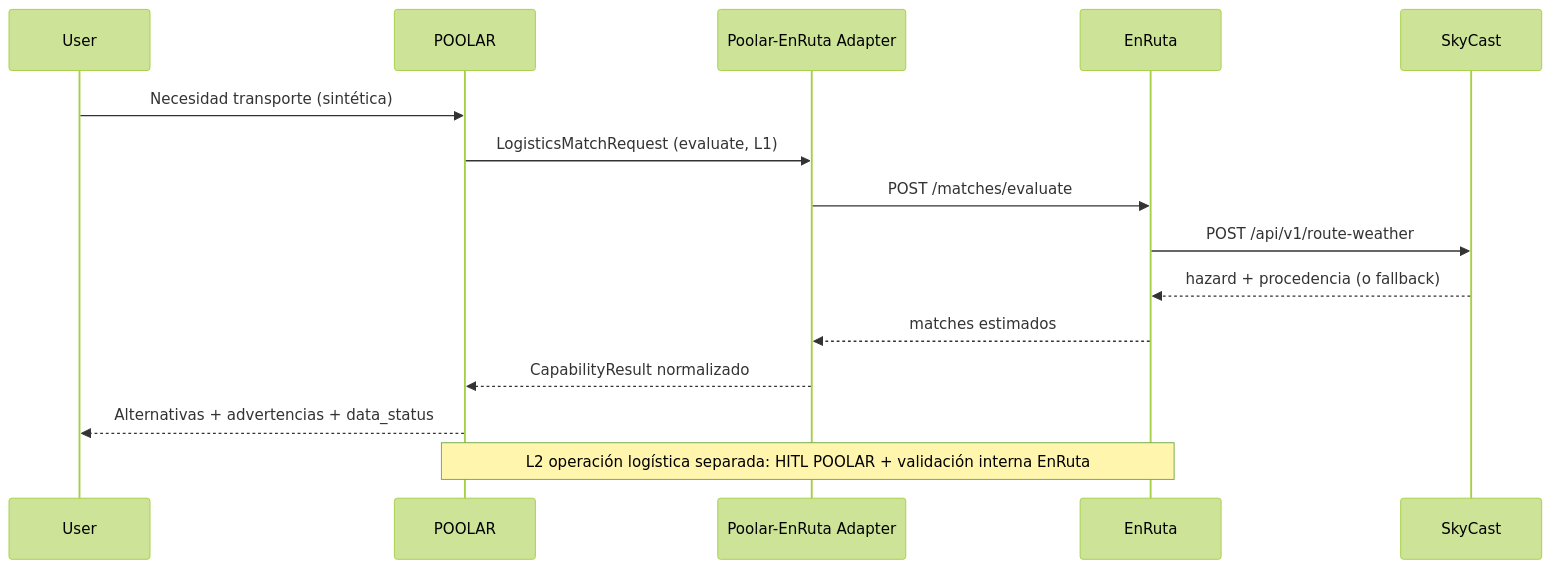
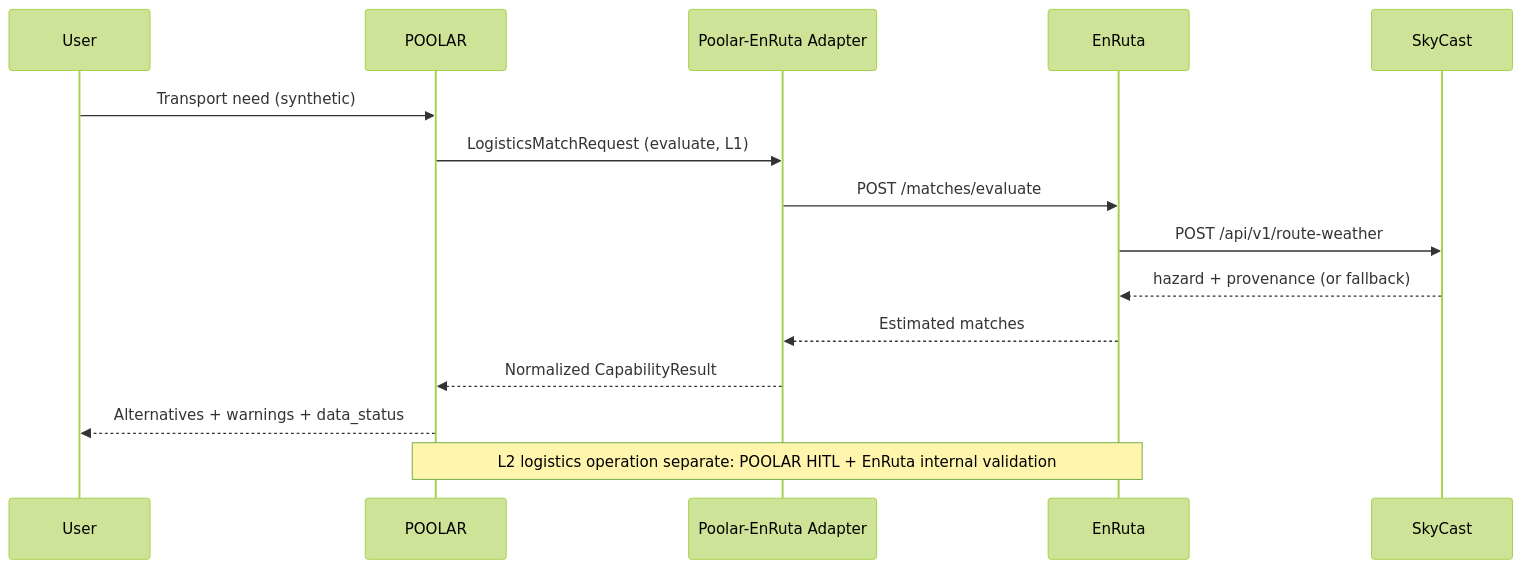
Before and after one commit to juandelaf1/POOLAR: the fourth of 4 diagrams in docs/POOLAR_ECOSYSTEM_ARQUITECTURA_INTEGRACION.md, drawn with Mermaid (forest theme). The commit also changed other lines of this file, not shown here.

Commit message:
docs: translate ecosystem architecture and integration master document to English

````diff
--- a/docs/POOLAR_ECOSYSTEM_ARQUITECTURA_INTEGRACION.md
+++ b/docs/POOLAR_ECOSYSTEM_ARQUITECTURA_INTEGRACION.md
@@ -162,17 +173,17 @@
 ```mermaid
 sequenceDiagram
   participant User
   participant POOLAR
   participant Adapter as Poolar-EnRuta Adapter
   participant EnRuta
   participant SkyCast
-  User->>POOLAR: Necesidad transporte (sintética)
+  User->>POOLAR: Transport need (synthetic)
   POOLAR->>Adapter: LogisticsMatchRequest (evaluate, L1)
   Adapter->>EnRuta: POST /matches/evaluate
   EnRuta->>SkyCast: POST /api/v1/route-weather
-  SkyCast-->>EnRuta: hazard + procedencia (o fallback)
-  EnRuta-->>Adapter: matches estimados
-  Adapter-->>POOLAR: CapabilityResult normalizado
-  POOLAR-->>User: Alternativas + advertencias + data_status
-  Note over POOLAR,EnRuta: L2 operación logística separada: HITL POOLAR + validación interna EnRuta
+  SkyCast-->>EnRuta: hazard + provenance (or fallback)
+  EnRuta-->>Adapter: Estimated matches
+  Adapter-->>POOLAR: Normalized CapabilityResult
+  POOLAR-->>User: Alternatives + warnings + data_status
+  Note over POOLAR,EnRuta: L2 logistics operation separate: POOLAR HITL + EnRuta internal validation
 ```
````
